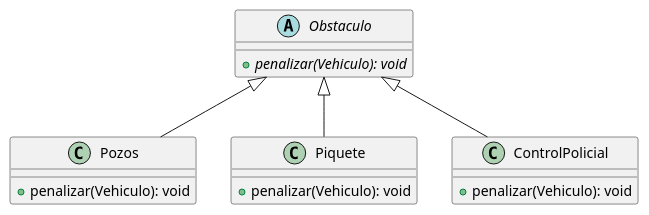
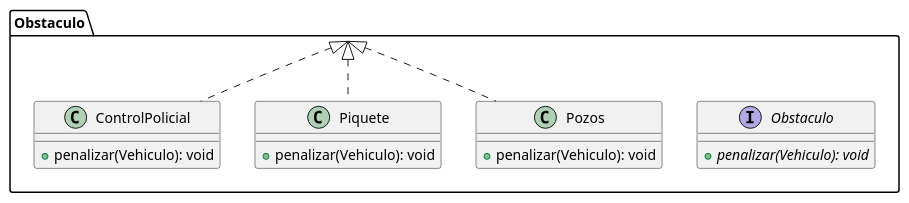
The diagram in diagrams/classes/obstaculo.plantuml (TP2Algo3FIUBA/tp2), drawn with PlantUML before and after one commit. The commit also changed 6 other files, not shown here.

Commit message:
Modelado de Entrega 1      - Diagrama de clase del modelo actual      - Diagrama de paquete

```diff
--- a/diagrams/classes/obstaculo.plantuml
+++ b/diagrams/classes/obstaculo.plantuml
@@ -1,30 +1,30 @@
 @startuml
 
-
-abstract  class Obstaculo {
+package Obstaculo{
+interface Obstaculo {
     + {abstract} penalizar(Vehiculo): void
 }
 
 
 class Pozos {
     + penalizar(Vehiculo): void
 }
 
 
 
 class Piquete {
     + penalizar(Vehiculo): void
 }
 
 
 
 class ControlPolicial {
     + penalizar(Vehiculo): void
 }
 
-
-Obstaculo <|-- Pozos
-Obstaculo <|-- Piquete
-Obstaculo <|-- ControlPolicial
+}
+Obstaculo <|.. Pozos
+Obstaculo <|.. Piquete
+Obstaculo <|.. ControlPolicial
 
 @enduml
```
